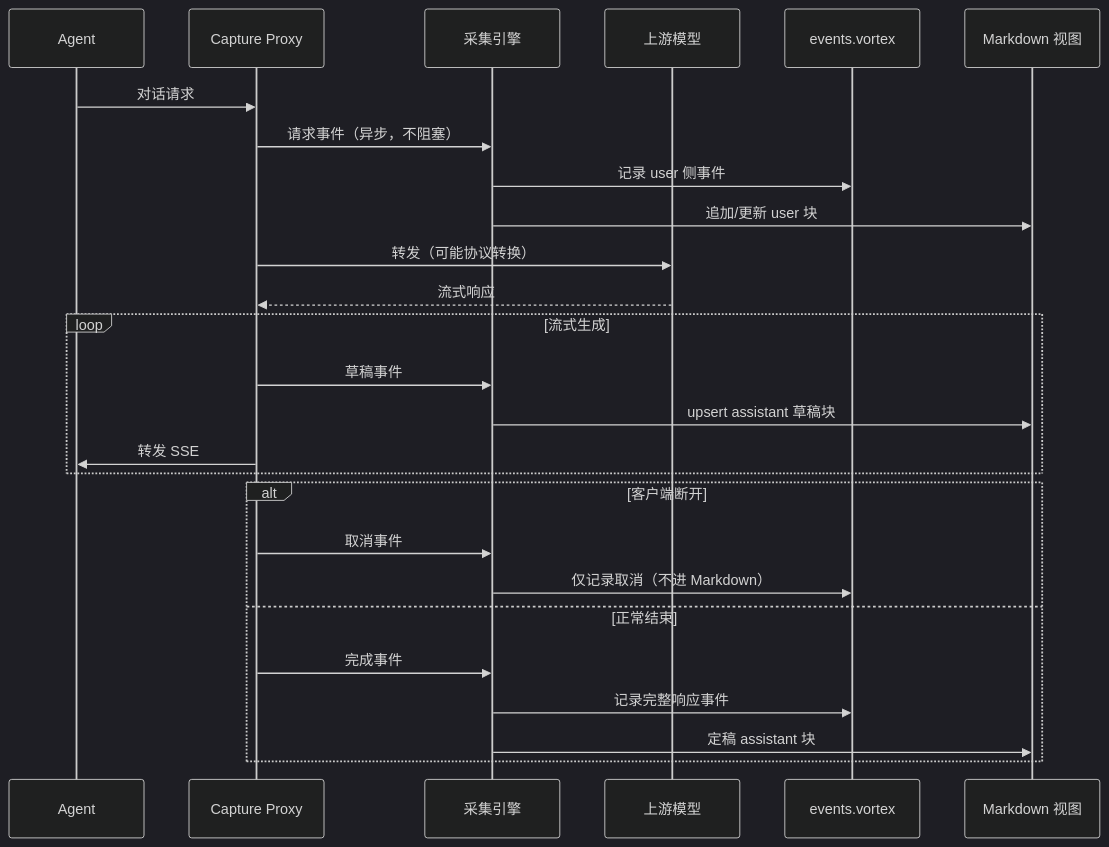
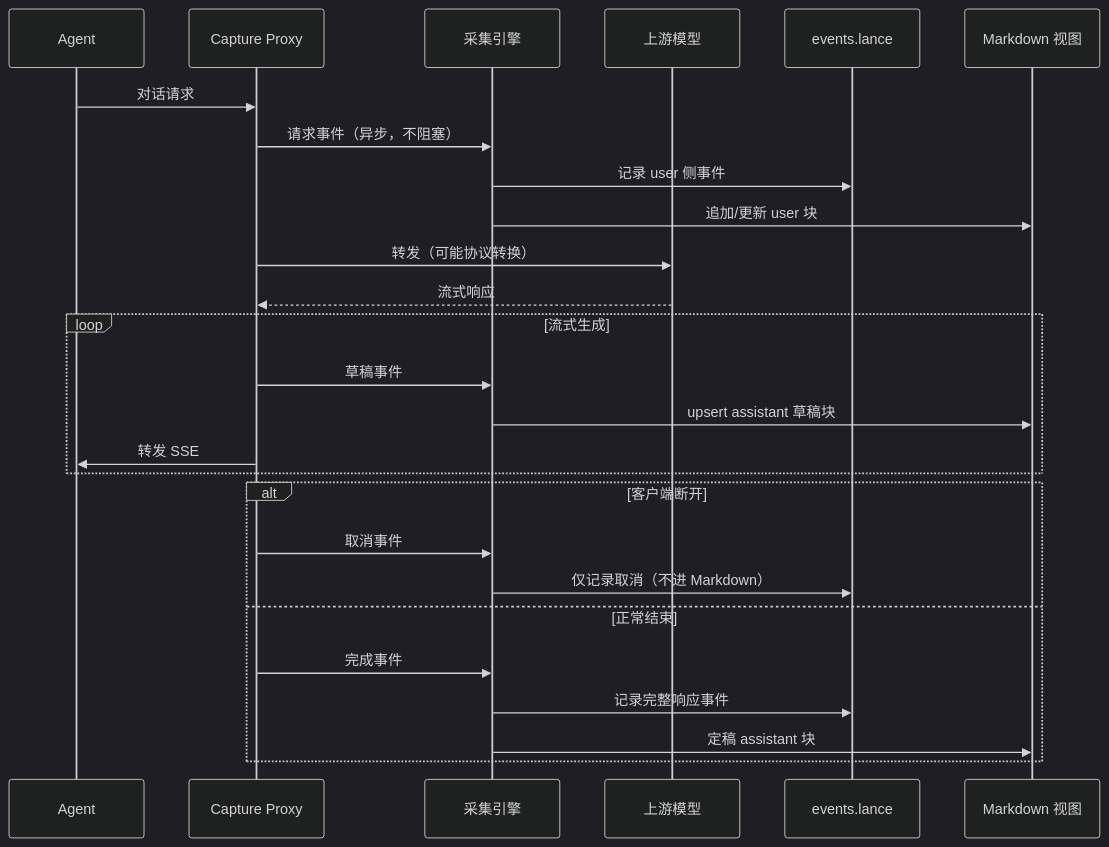
The second of 2 diagrams in docs/src/design/capture.md (DeepLink-org/Persisting), drawn with Mermaid (dark theme) before and after one commit. The commit also changed other lines of this file and 83 other files, not shown here.

First line of the commit message:
Refactor persisting-capture to replace Vortex references with Lance

````diff
--- a/docs/src/design/capture.md
+++ b/docs/src/design/capture.md
@@ -265,32 +265,32 @@
 ```mermaid
 sequenceDiagram
     participant Agent
     participant Proxy as Capture Proxy
     participant Engine as 采集引擎
     participant Upstream as 上游模型
-    participant Vortex as events.vortex
+    participant Lance as events.lance
     participant MD as Markdown 视图
 
     Agent->>Proxy: 对话请求
     Proxy->>Engine: 请求事件（异步，不阻塞）
-    Engine->>Vortex: 记录 user 侧事件
+    Engine->>Lance: 记录 user 侧事件
     Engine->>MD: 追加/更新 user 块
 
     Proxy->>Upstream: 转发（可能协议转换）
     Upstream-->>Proxy: 流式响应
 
     loop 流式生成
         Proxy->>Engine: 草稿事件
         Engine->>MD: upsert assistant 草稿块
         Proxy->>Agent: 转发 SSE
     end
 
     alt 客户端断开
         Proxy->>Engine: 取消事件
-        Engine->>Vortex: 仅记录取消（不进 Markdown）
+        Engine->>Lance: 仅记录取消（不进 Markdown）
     else 正常结束
         Proxy->>Engine: 完成事件
-        Engine->>Vortex: 记录完整响应事件
+        Engine->>Lance: 记录完整响应事件
         Engine->>MD: 定稿 assistant 块
     end
 ```
````
